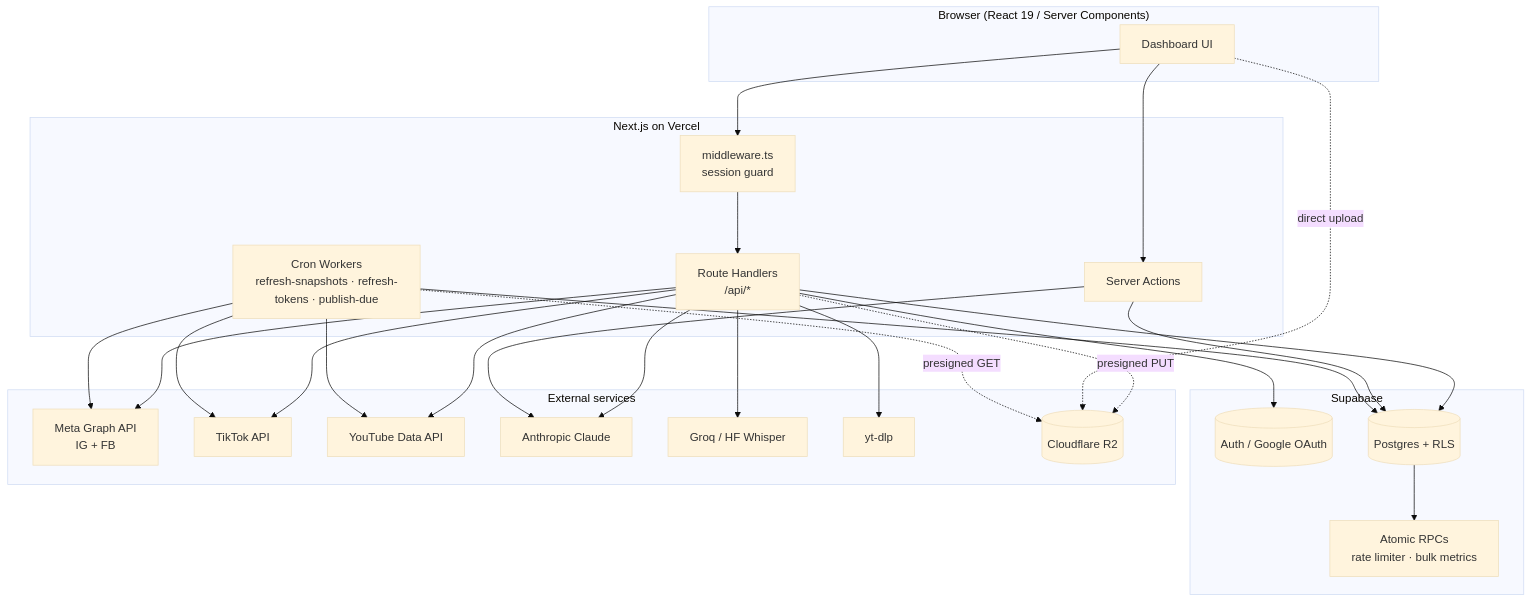
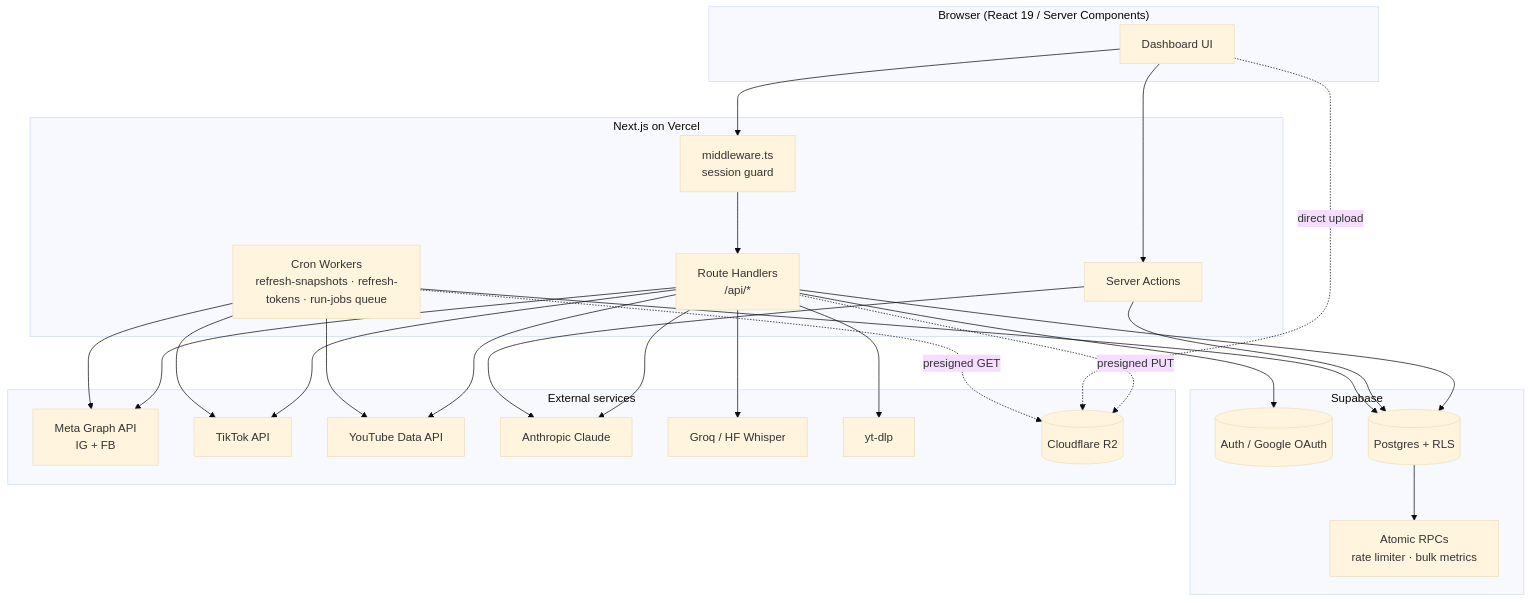
Before and after one commit to EngMajdSayedTaha/reelspy: the first of 10 diagrams in docs/product/01-technical-documentation.md, drawn with Mermaid (base theme). The commit also changed other lines of this file and 19 other files, not shown here.

First line of the commit message:
V4 (H1): durable job queue for publish/transcribe/digest

````diff
--- a/docs/product/01-technical-documentation.md
+++ b/docs/product/01-technical-documentation.md
@@ -37,43 +37,43 @@
 ```mermaid
 flowchart TB
     subgraph Client["Browser (React 19 / Server Components)"]
         UI[Dashboard UI]
     end
 
     subgraph Vercel["Next.js on Vercel"]
         MW[middleware.ts<br/>session guard]
         RH[Route Handlers<br/>/api/*]
         SA[Server Actions]
-        CRON[Cron Workers<br/>refresh-snapshots · refresh-tokens · publish-due]
+        CRON[Cron Workers<br/>refresh-snapshots · refresh-tokens · run-jobs queue]
     end
 
     subgraph Supabase["Supabase"]
         AUTH[(Auth / Google OAuth)]
         DB[(Postgres + RLS)]
         RPC[Atomic RPCs<br/>rate limiter · bulk metrics]
     end
 
     subgraph External["External services"]
         META[Meta Graph API<br/>IG + FB]
         TT[TikTok API]
         YT[YouTube Data API]
         CLAUDE[Anthropic Claude]
         WHISPER[Groq / HF Whisper]
         YTDLP[yt-dlp]
         R2[(Cloudflare R2)]
     end
 
     UI --> MW --> RH
     UI --> SA
     RH --> DB
     SA --> DB
     RH --> AUTH
     RH --> META & TT & YT & CLAUDE & WHISPER & YTDLP
     SA --> CLAUDE
     RH -. presigned PUT .-> R2
     UI -. direct upload .-> R2
     DB --> RPC
     CRON --> DB
     CRON --> META & TT & YT
     CRON -. presigned GET .-> R2
 ```
````
